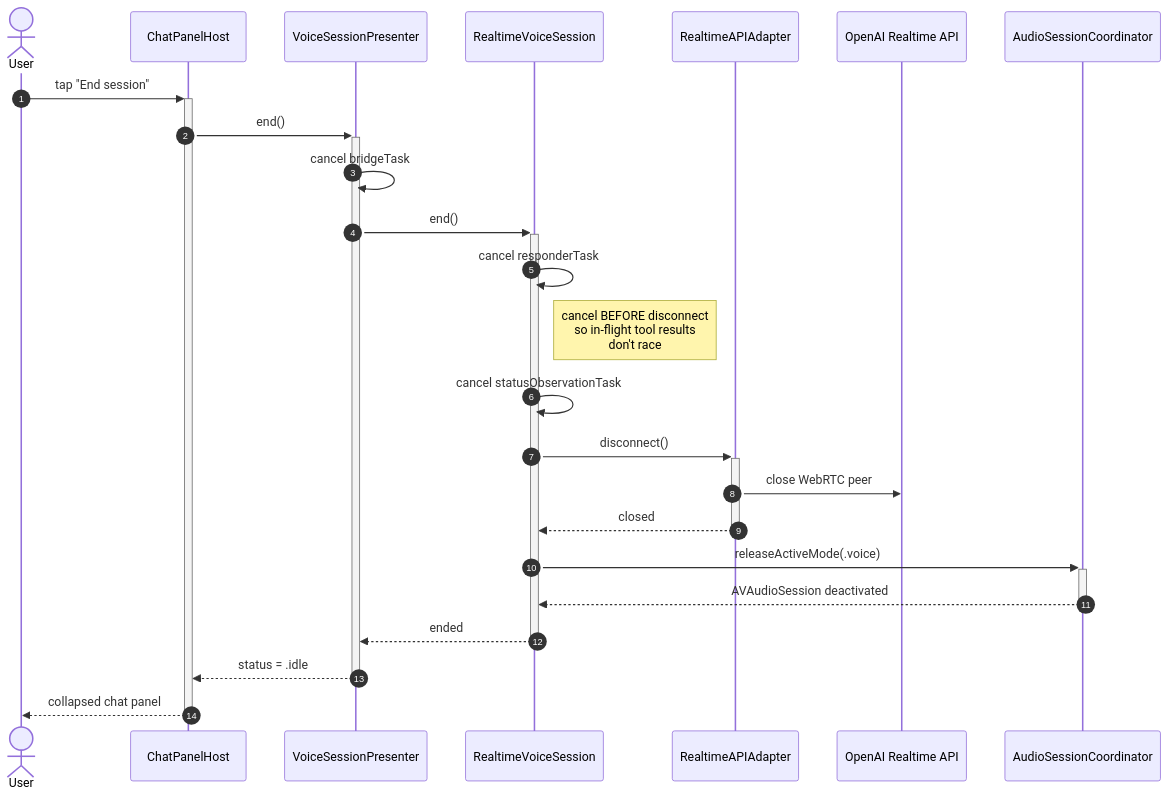
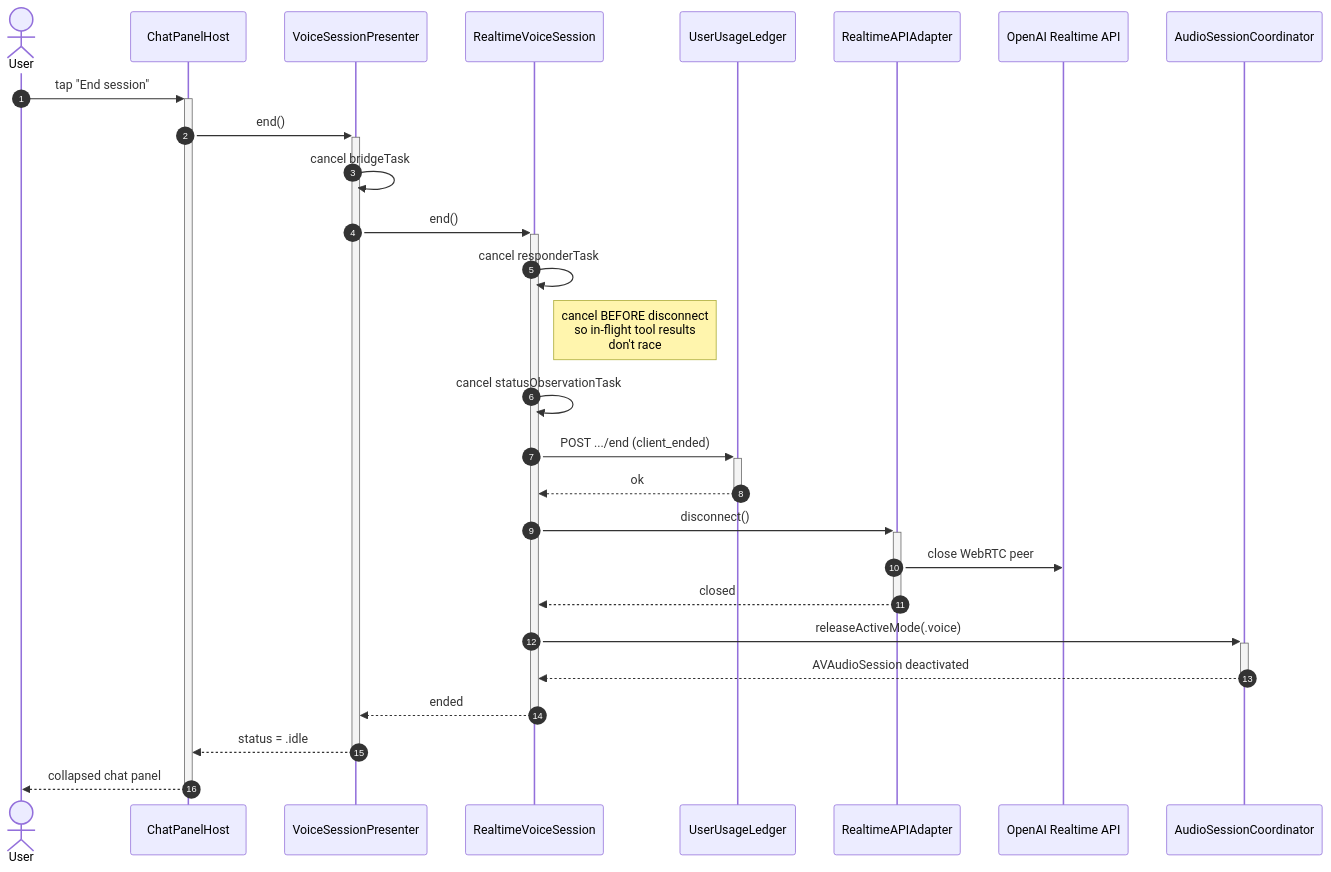
One commit to matovu-farid/rishi-monorepo changed the fifth of 5 diagrams in apps/apple/docs/VOICE-CHAT-PIPELINE.md. Above: the diagram before and after it, drawn with Mermaid. The commit also changed other lines of this file and 13 other files, not shown here.

````diff
--- a/apps/apple/docs/VOICE-CHAT-PIPELINE.md
+++ b/apps/apple/docs/VOICE-CHAT-PIPELINE.md
@@ -180,31 +180,34 @@
 ```mermaid
 sequenceDiagram
     autonumber
     actor User
     participant View as ChatPanelHost
     participant Pres as VoiceSessionPresenter
     participant Sess as RealtimeVoiceSession
+    participant Ledger as UserUsageLedger
     participant SDK as RealtimeAPIAdapter
     participant API as OpenAI Realtime API
     participant Audio as AudioSessionCoordinator
 
     User->>+View: tap "End session"
     View->>+Pres: end()
     Pres->>Pres: cancel bridgeTask
     Pres->>+Sess: end()
 
     Sess->>Sess: cancel responderTask
     Note right of Sess: cancel BEFORE disconnect<br/>so in-flight tool results<br/>don't race
     Sess->>Sess: cancel statusObservationTask
+    Sess->>+Ledger: POST .../end (client_ended)
+    Ledger-->>-Sess: ok
 
     Sess->>+SDK: disconnect()
     SDK->>API: close WebRTC peer
     SDK-->>-Sess: closed
 
     Sess->>+Audio: releaseActiveMode(.voice)
     Audio-->>-Sess: AVAudioSession deactivated
 
     Sess-->>-Pres: ended
     Pres-->>-View: status = .idle
     View-->>-User: collapsed chat panel
 ```
````
